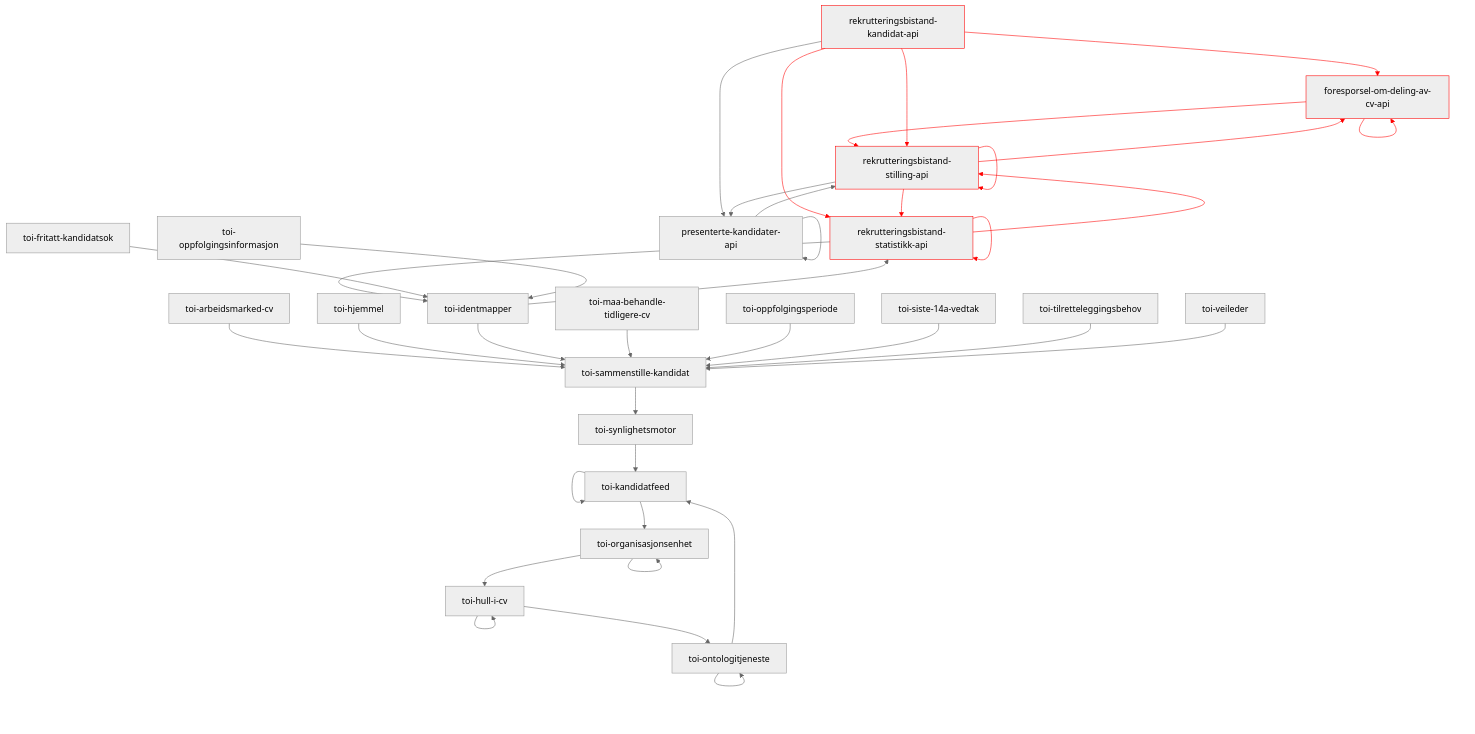
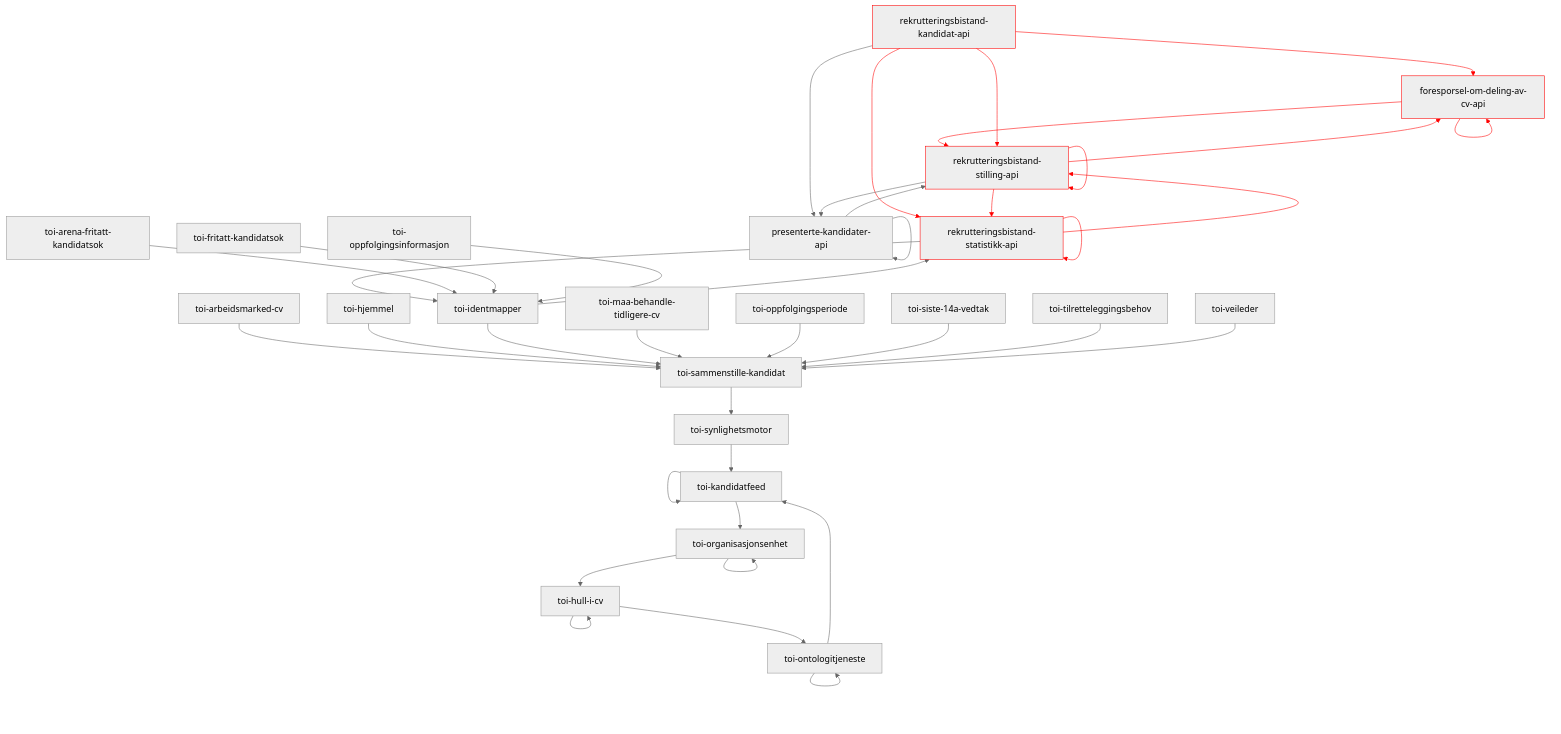
Before and after one commit to navikt/toi-rapids-and-rivers-grapher: the eighth of 24 diagrams in README.md, drawn with Mermaid (neutral theme). The commit also changed other lines of this file, not shown here.

````diff
--- a/README.md
+++ b/README.md
@@ -320,42 +329,43 @@
 ```mermaid
 graph TD;
 foresporsel-om-deling-av-cv-api:::x --> foresporsel-om-deling-av-cv-api:::x;
 foresporsel-om-deling-av-cv-api:::x --> rekrutteringsbistand-stilling-api:::x;
 presenterte-kandidater-api --> presenterte-kandidater-api;
 presenterte-kandidater-api --> rekrutteringsbistand-stilling-api;
 rekrutteringsbistand-kandidat-api:::x --> foresporsel-om-deling-av-cv-api:::x;
 rekrutteringsbistand-kandidat-api --> presenterte-kandidater-api;
 rekrutteringsbistand-kandidat-api:::x --> rekrutteringsbistand-statistikk-api:::x;
 rekrutteringsbistand-kandidat-api:::x --> rekrutteringsbistand-stilling-api:::x;
 rekrutteringsbistand-statistikk-api:::x --> rekrutteringsbistand-statistikk-api:::x;
 rekrutteringsbistand-statistikk-api:::x --> rekrutteringsbistand-stilling-api:::x;
 rekrutteringsbistand-statistikk-api --> toi-identmapper;
 rekrutteringsbistand-stilling-api:::x --> foresporsel-om-deling-av-cv-api:::x;
 rekrutteringsbistand-stilling-api --> presenterte-kandidater-api;
 rekrutteringsbistand-stilling-api:::x --> rekrutteringsbistand-statistikk-api:::x;
 rekrutteringsbistand-stilling-api:::x --> rekrutteringsbistand-stilling-api:::x;
 toi-arbeidsmarked-cv --> toi-sammenstille-kandidat;
+toi-arena-fritatt-kandidatsok --> toi-identmapper;
 toi-fritatt-kandidatsok --> toi-identmapper;
 toi-hjemmel --> toi-sammenstille-kandidat;
 toi-hull-i-cv --> toi-hull-i-cv;
 toi-hull-i-cv --> toi-ontologitjeneste;
 toi-identmapper --> rekrutteringsbistand-statistikk-api;
 toi-identmapper --> toi-sammenstille-kandidat;
 toi-kandidatfeed --> toi-kandidatfeed;
 toi-kandidatfeed --> toi-organisasjonsenhet;
 toi-maa-behandle-tidligere-cv --> toi-sammenstille-kandidat;
 toi-ontologitjeneste --> toi-kandidatfeed;
 toi-ontologitjeneste --> toi-ontologitjeneste;
 toi-oppfolgingsinformasjon --> toi-identmapper;
 toi-oppfolgingsperiode --> toi-sammenstille-kandidat;
 toi-organisasjonsenhet --> toi-hull-i-cv;
 toi-organisasjonsenhet --> toi-organisasjonsenhet;
 toi-sammenstille-kandidat --> toi-synlighetsmotor;
 toi-siste-14a-vedtak --> toi-sammenstille-kandidat;
 toi-synlighetsmotor --> toi-kandidatfeed;
 toi-tilretteleggingsbehov --> toi-sammenstille-kandidat;
 toi-veileder --> toi-sammenstille-kandidat;
 
 linkStyle 0,1,4,6,7,8,9,11,13,14 stroke:red;
 classDef x stroke: red;
 ```
````
